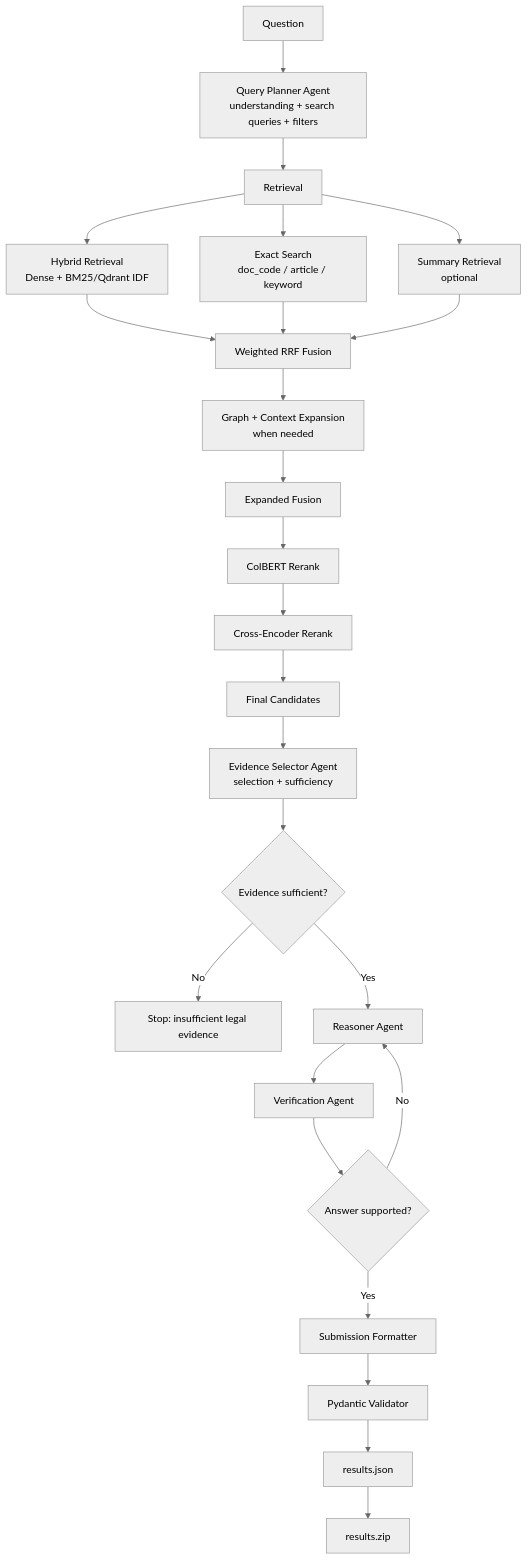
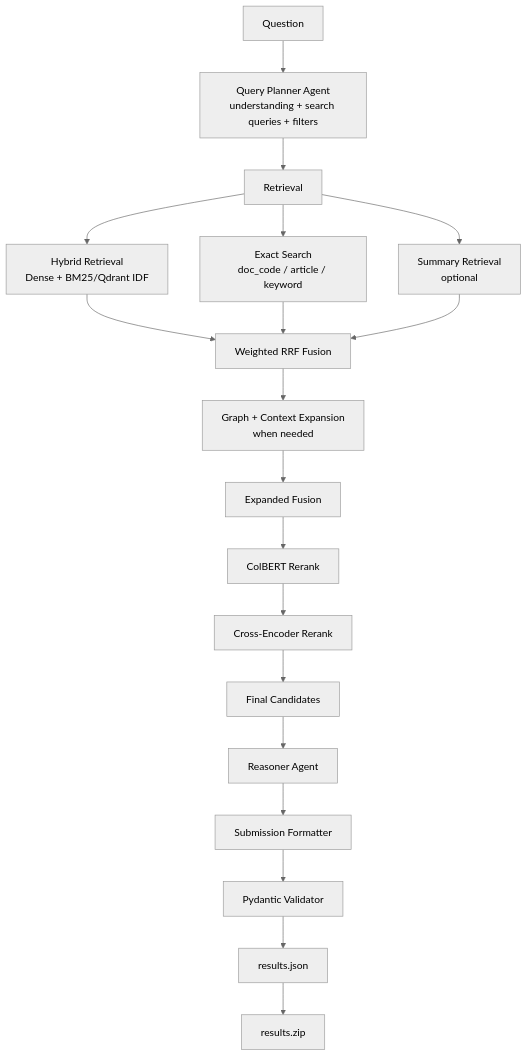
Before and after one commit to tutran27/legal-rag-agentic: the diagram in README.md, drawn with Mermaid (neutral theme). The commit also changed other lines of this file and 30 other files, not shown here.

````diff
--- a/README.md
+++ b/README.md
@@ -21,33 +20,27 @@
 ```mermaid
 flowchart TD
     A["Question"] --> B["Query Planner Agent<br/>understanding + search queries + filters"]
 
     B --> C["Retrieval"]
     C --> C1["Hybrid Retrieval<br/>Dense + BM25/Qdrant IDF"]
     C --> C2["Exact Search<br/>doc_code / article / keyword"]
     C --> C3["Summary Retrieval<br/>optional"]
 
     C1 --> D["Weighted RRF Fusion"]
     C2 --> D
     C3 --> D
 
     D --> E["Graph + Context Expansion<br/>when needed"]
     E --> F["Expanded Fusion"]
 
     F --> G["ColBERT Rerank"]
     G --> H["Cross-Encoder Rerank"]
     H --> I["Final Candidates"]
 
-    I --> J["Evidence Selector Agent<br/>selection + sufficiency"]
-    J --> K{"Evidence sufficient?"}
-    K -- "No" --> X["Stop: insufficient legal evidence"]
-    K -- "Yes" --> L["Reasoner Agent"]
+    I --> L["Reasoner Agent"]
 
-    L --> M["Verification Agent"]
-    M --> N{"Answer supported?"}
-    N -- "No" --> L
-    N -- "Yes" --> O["Submission Formatter"]
+    L --> O["Submission Formatter"]
     O --> P["Pydantic Validator"]
     P --> Q["results.json"]
     Q --> R["results.zip"]
 ```
````
